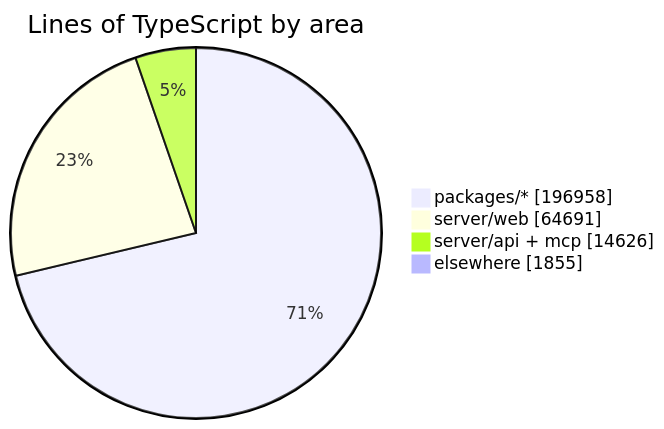
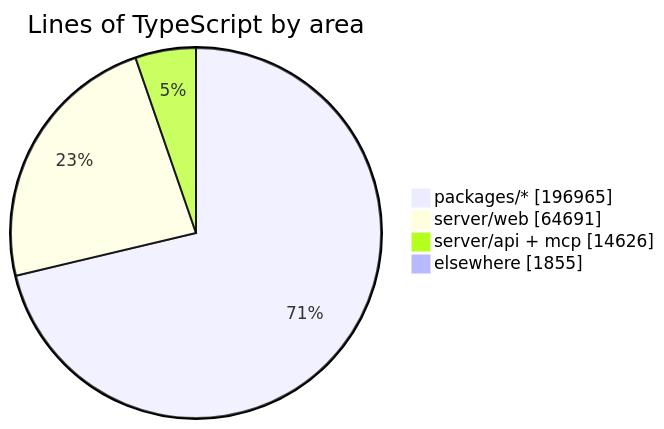
One commit to crossworks-engineering/mantle changed the diagram in README.md. Above: the diagram before and after it, drawn with Mermaid. The commit also changed other lines of this file and 2 other files, not shown here.

````diff
--- a/README.md
+++ b/README.md
@@ -287,7 +287,7 @@
 ```mermaid
 pie showData title Lines of TypeScript by area
-    "packages/*" : 196958
+    "packages/*" : 196965
     "server/web" : 64691
     "server/api + mcp" : 14626
     "elsewhere" : 1855
 ```
````
